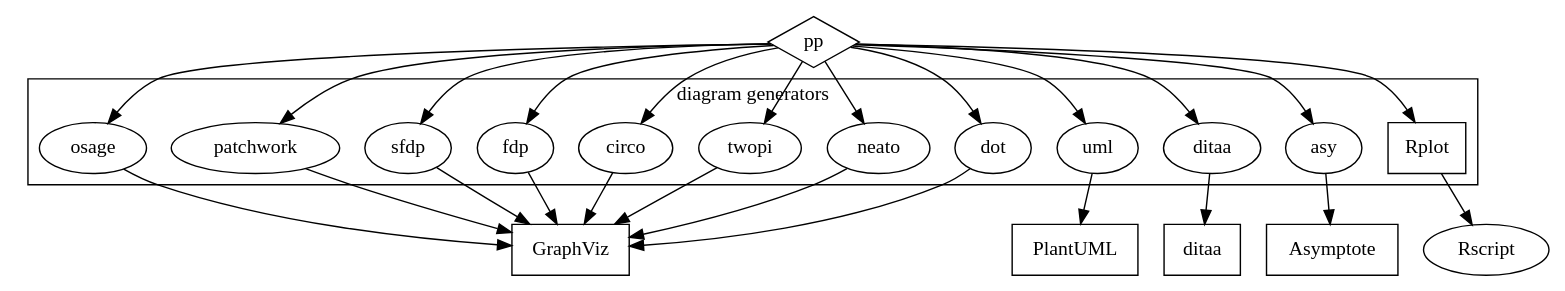
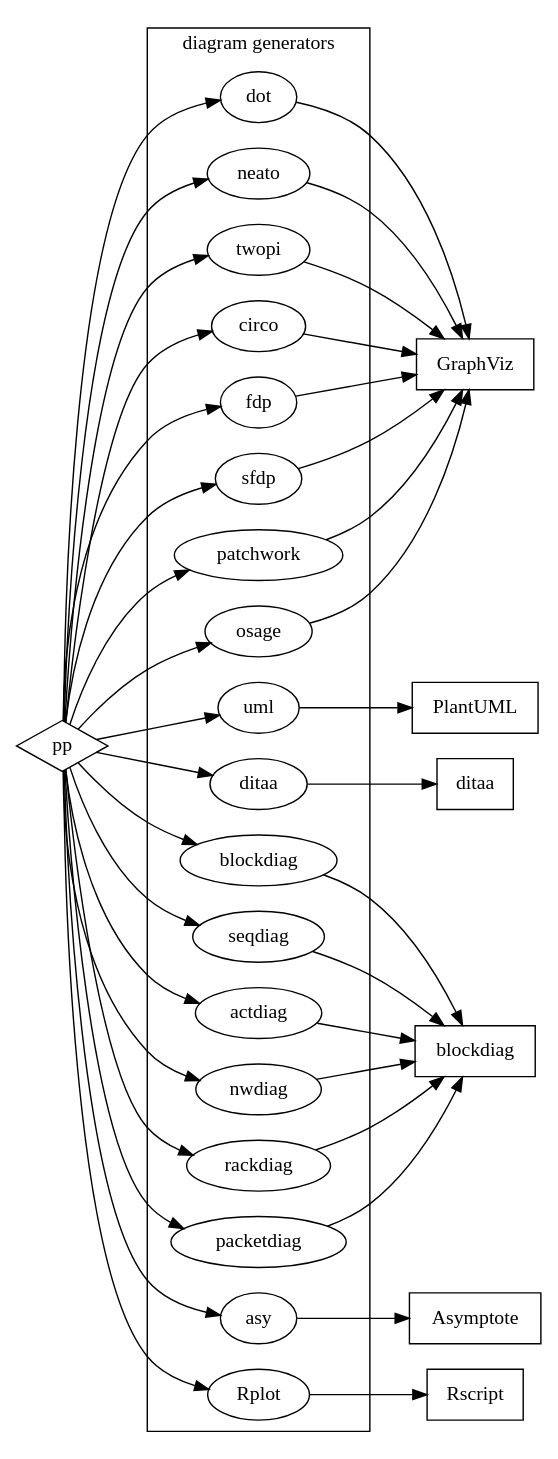
One commit to CDSoft/pp changed the diagram in doc/img/pp-generators.dot. Above: the diagram before and after it, drawn with Graphviz. The commit also changed 15 other files, not shown here.

```diff
--- a/doc/img/pp-generators.dot
+++ b/doc/img/pp-generators.dot
@@ -1,30 +1,39 @@
 
 digraph {
 
+    rankdir=LR
+
     subgraph cluster_cmd {
         label = "diagram generators"
-        dot neato twopi circo fdp sfdp patchwork osage uml ditaa asy Rplot
+        dot neato twopi circo fdp sfdp patchwork osage uml ditaa blockdiag seqdiag actdiag nwdiag rackdiag packetdiag asy Rplot
     }
 
     PP [label="pp" shape=diamond]
-    dot neato twopi circo fdp sfdp patchwork osage uml ditaa asy Rplot
+    dot neato twopi circo fdp sfdp patchwork osage uml ditaa blockdiag seqdiag actdiag nwdiag rackdiag packetdiag asy Rplot
     GraphViz [shape=box]
     PlantUML [shape=box]
     DITAA [shape=box label=ditaa]
+    BlockDiag [shape=box label=blockdiag]
     Asymptote [shape=box]
-    Rplot [shape=box]
+    Rscript [shape=box]
 
-    PP -> {dot neato twopi circo fdp sfdp patchwork osage uml ditaa asy Rplot}
+    PP -> {dot neato twopi circo fdp sfdp patchwork osage uml ditaa blockdiag seqdiag actdiag nwdiag rackdiag packetdiag asy Rplot}
     dot -> GraphViz
     neato -> GraphViz
     twopi -> GraphViz
     circo -> GraphViz
     fdp -> GraphViz
     sfdp -> GraphViz
     patchwork -> GraphViz
     osage -> GraphViz
     uml -> PlantUML
     ditaa -> DITAA
+    blockdiag -> BlockDiag
+    seqdiag -> BlockDiag
+    actdiag -> BlockDiag
+    nwdiag -> BlockDiag
+    rackdiag -> BlockDiag
+    packetdiag -> BlockDiag
     asy -> Asymptote
     Rplot -> Rscript
 }
```
